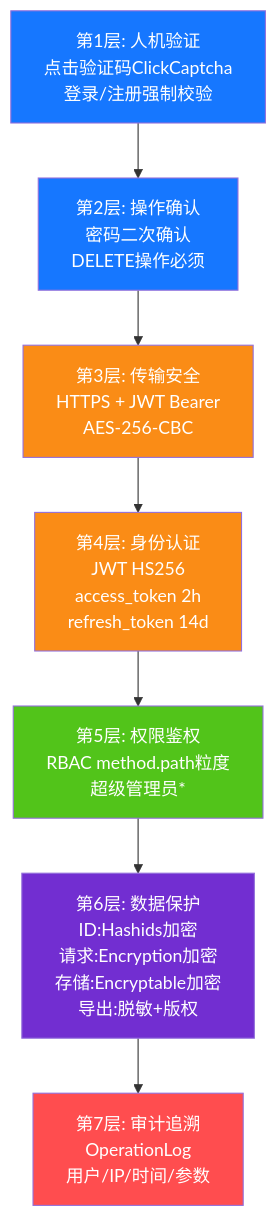
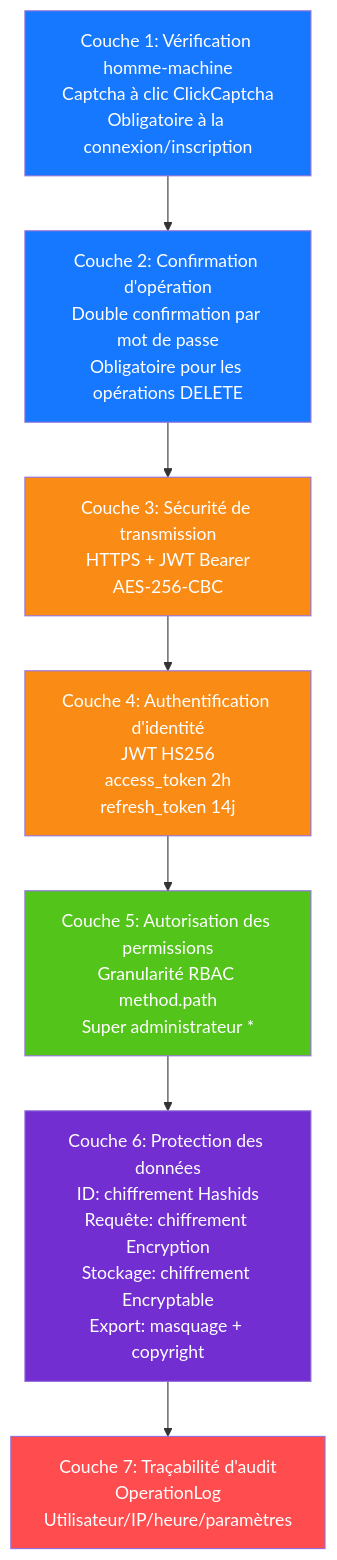
One commit to erikwang2013/game-platform-php changed the diagram in admin/docs/diagrams/11-security-defense.fr.md. Above: the diagram before and after it, drawn with Mermaid. The commit also changed 211 other files, not shown here.

First line of the commit message:
fix: 支付配置读回类型根治、提现事件对账巡检，12 语族 mermaid 与 API 标签本地化

````diff
--- a/admin/docs/diagrams/11-security-defense.fr.md
+++ b/admin/docs/diagrams/11-security-defense.fr.md
@@ -7,20 +7,20 @@
 ```mermaid
 flowchart TB
-    l1["第1层: 人机验证<br/>点击验证码ClickCaptcha<br/>登录/注册强制校验"]
-    l2["第2层: 操作确认<br/>密码二次确认<br/>DELETE操作必须"]
-    l3["第3层: 传输安全<br/>HTTPS + JWT Bearer<br/>AES-256-CBC"]
-    l4["第4层: 身份认证<br/>JWT HS256<br/>access_token 2h<br/>refresh_token 14d"]
-    l5["第5层: 权限鉴权<br/>RBAC method.path粒度<br/>超级管理员*"]
-    l6["第6层: 数据保护<br/>ID:Hashids加密<br/>请求:Encryption加密<br/>存储:Encryptable加密<br/>导出:脱敏+版权"]
-    l7["第7层: 审计追溯<br/>OperationLog<br/>用户/IP/时间/参数"]
+    l1["Couche 1: Vérification homme-machine<br/>Captcha à clic ClickCaptcha<br/>Obligatoire à la connexion/inscription"]
+    l2["Couche 2: Confirmation d'opération<br/>Double confirmation par mot de passe<br/>Obligatoire pour les opérations DELETE"]
+    l3["Couche 3: Sécurité de transmission<br/>HTTPS + JWT Bearer<br/>AES-256-CBC"]
+    l4["Couche 4: Authentification d'identité<br/>JWT HS256<br/>access_token 2h<br/>refresh_token 14j"]
+    l5["Couche 5: Autorisation des permissions<br/>Granularité RBAC method.path<br/>Super administrateur *"]
+    l6["Couche 6: Protection des données<br/>ID: chiffrement Hashids<br/>Requête: chiffrement Encryption<br/>Stockage: chiffrement Encryptable<br/>Export: masquage + copyright"]
+    l7["Couche 7: Traçabilité d'audit<br/>OperationLog<br/>Utilisateur/IP/heure/paramètres"]
 
     l1 --> l2 --> l3 --> l4 --> l5 --> l6 --> l7
 
     style l1 fill:#1677FF,color:#fff
     style l2 fill:#1677FF,color:#fff
     style l3 fill:#FA8C16,color:#fff
     style l4 fill:#FA8C16,color:#fff
     style l5 fill:#52C41A,color:#fff
     style l6 fill:#722ED1,color:#fff
     style l7 fill:#FF4D4F,color:#fff
 ```
````
